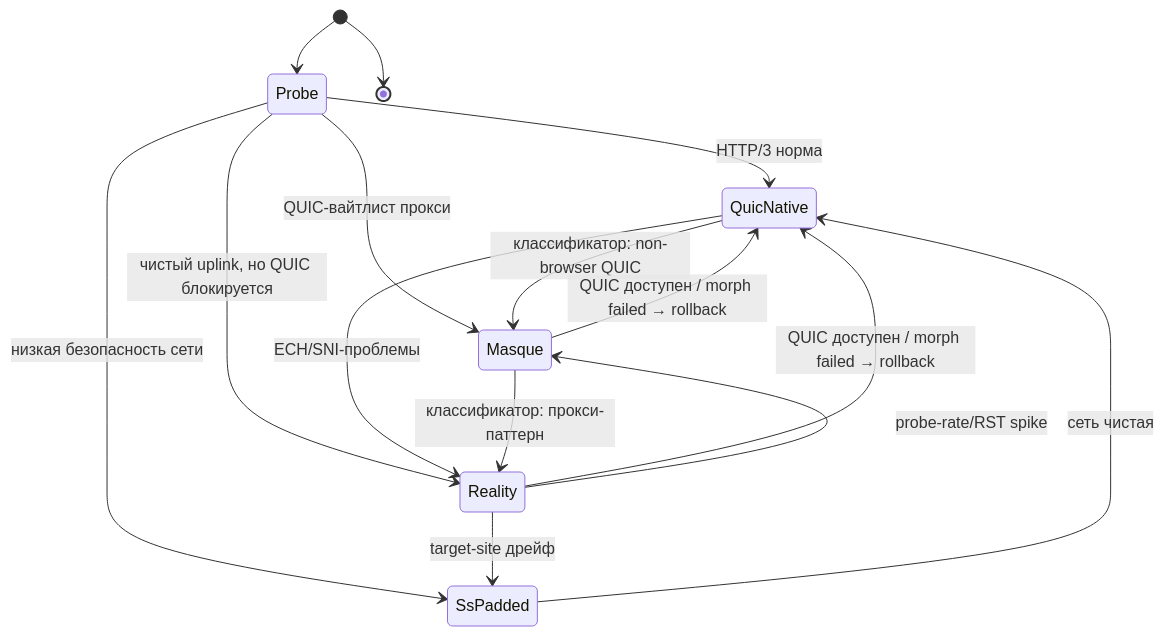
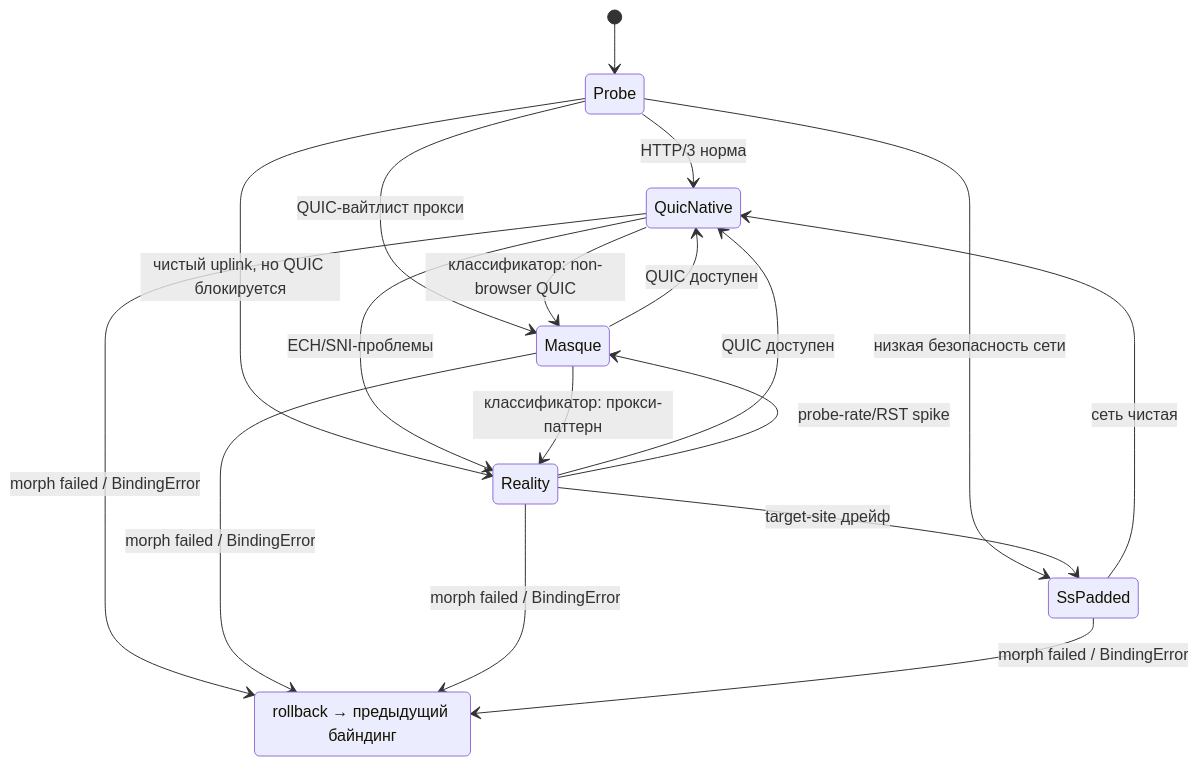
One commit to ThunderIsMad/aether-vpn-engine changed the diagram in design/02-protocols.md. Above: the diagram before and after it, drawn with Mermaid. The commit also changed other lines of this file and 5 other files, not shown here.

````diff
--- a/design/02-protocols.md
+++ b/design/02-protocols.md
@@ -247,17 +248,21 @@
 ```mermaid
 stateDiagram-v2
+  state "rollback → предыдущий байндинг" as Rollback
   [*] --> Probe
   Probe --> QuicNative: HTTP/3 норма
   Probe --> Masque: QUIC-вайтлист прокси
   Probe --> Reality: чистый uplink, но QUIC блокируется
   Probe --> SsPadded: низкая безопасность сети
   QuicNative --> Masque: классификатор: non-browser QUIC
   QuicNative --> Reality: ECH/SNI-проблемы
   Masque --> Reality: классификатор: прокси-паттерн
-  Masque --> QuicNative: QUIC доступен / morph failed → rollback
-  Reality --> QuicNative: QUIC доступен / morph failed → rollback
+  Masque --> QuicNative: QUIC доступен
+  Reality --> QuicNative: QUIC доступен
   Reality --> Masque: probe-rate/RST spike
   Reality --> SsPadded: target-site дрейф
   SsPadded --> QuicNative: сеть чистая
-  [*] --> [*]
+  QuicNative --> Rollback: morph failed / BindingError
+  Masque --> Rollback: morph failed / BindingError
+  Reality --> Rollback: morph failed / BindingError
+  SsPadded --> Rollback: morph failed / BindingError
 ```
````
